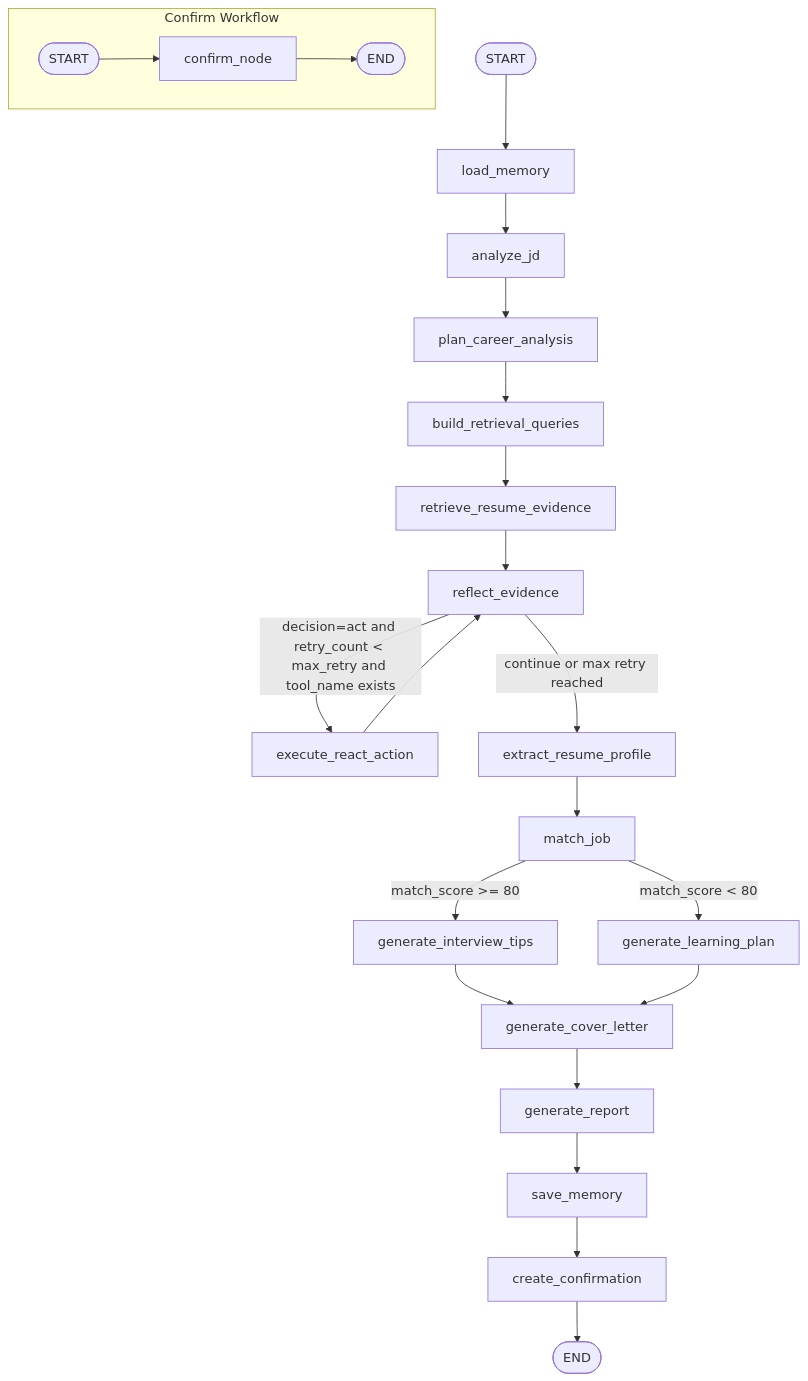
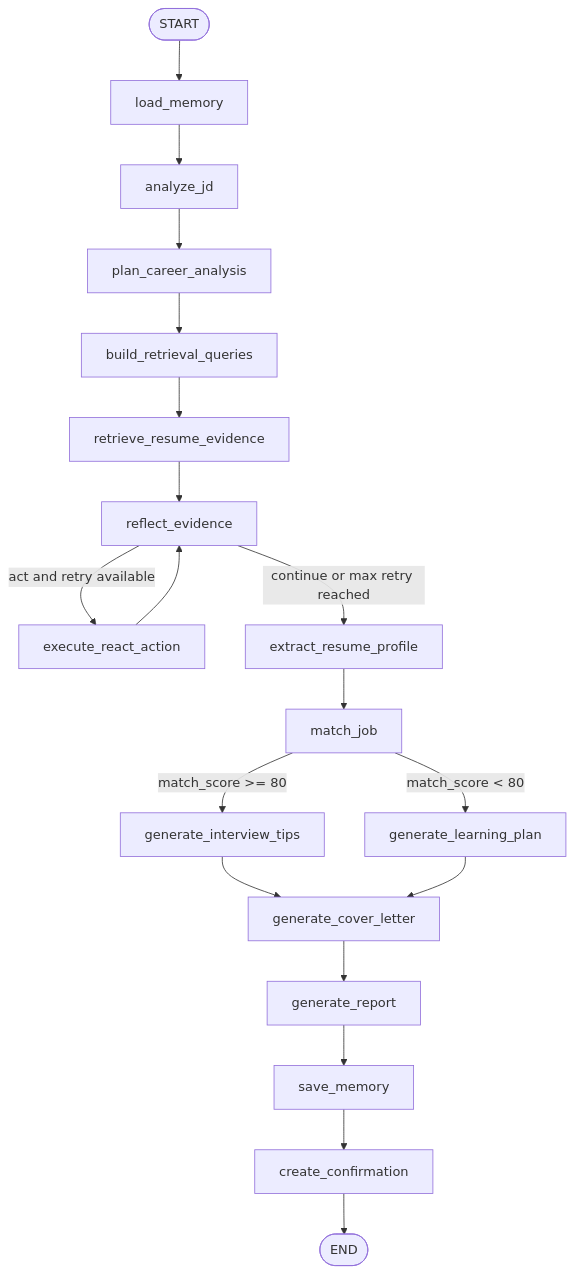
The second of 2 diagrams in README.md (Joker3e3/ai-career-agent-backend), drawn with Mermaid before and after one commit. The commit also changed other lines of this file and 6 other files, not shown here.

````diff
--- a/README.md
+++ b/README.md
@@ -136,31 +69,21 @@
 ```mermaid
 flowchart TD
-    START([START]) --> load_memory[load_memory]
-    load_memory --> analyze_jd[analyze_jd]
-    analyze_jd --> plan_career_analysis[plan_career_analysis]
-    plan_career_analysis --> build_retrieval_queries[build_retrieval_queries]
-    build_retrieval_queries --> retrieve_resume_evidence[retrieve_resume_evidence]
-    retrieve_resume_evidence --> reflect_evidence[reflect_evidence]
-
-    reflect_evidence -->|decision=act and retry_count < max_retry and tool_name exists| execute_react_action[execute_react_action]
+    START(["START"]) --> load_memory["load_memory"]
+    load_memory --> analyze_jd["analyze_jd"]
+    analyze_jd --> plan_career_analysis["plan_career_analysis"]
+    plan_career_analysis --> build_retrieval_queries["build_retrieval_queries"]
+    build_retrieval_queries --> retrieve_resume_evidence["retrieve_resume_evidence"]
+    retrieve_resume_evidence --> reflect_evidence["reflect_evidence"]
+    reflect_evidence -->|act and retry available| execute_react_action["execute_react_action"]
     execute_react_action --> reflect_evidence
-
-    reflect_evidence -->|continue or max retry reached| extract_resume_profile[extract_resume_profile]
-    extract_resume_profile --> match_job[match_job]
-
-    match_job -->|match_score >= 80| generate_interview_tips[generate_interview_tips]
-    match_job -->|match_score < 80| generate_learning_plan[generate_learning_plan]
-
-    generate_interview_tips --> generate_cover_letter[generate_cover_letter]
+    reflect_evidence -->|continue or max retry reached| extract_resume_profile["extract_resume_profile"]
+    extract_resume_profile --> match_job["match_job"]
+    match_job -->|match_score >= 80| generate_interview_tips["generate_interview_tips"]
+    match_job -->|match_score < 80| generate_learning_plan["generate_learning_plan"]
+    generate_interview_tips --> generate_cover_letter["generate_cover_letter"]
     generate_learning_plan --> generate_cover_letter
-
-    generate_cover_letter --> generate_report[generate_report]
-    generate_report --> save_memory[save_memory]
-    save_memory --> create_confirmation[create_confirmation]
+    generate_cover_letter --> generate_report["generate_report"]
+    generate_report --> save_memory["save_memory"]
+    save_memory --> create_confirmation["create_confirmation"]
     create_confirmation --> END([END])
-
-    subgraph Confirm Workflow
-        CSTART([START]) --> confirm_node[confirm_node]
-        confirm_node --> CEND([END])
-    end
 ```
````
